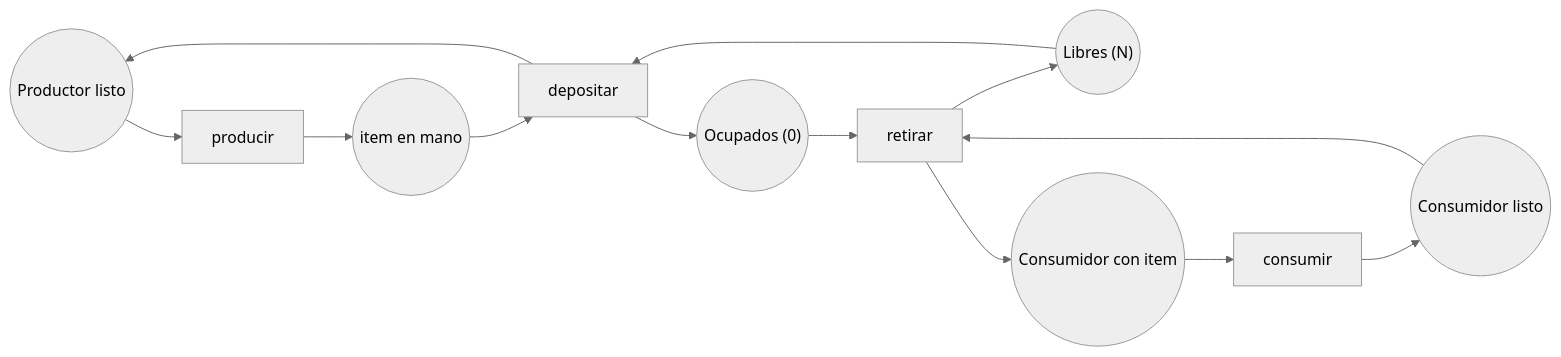
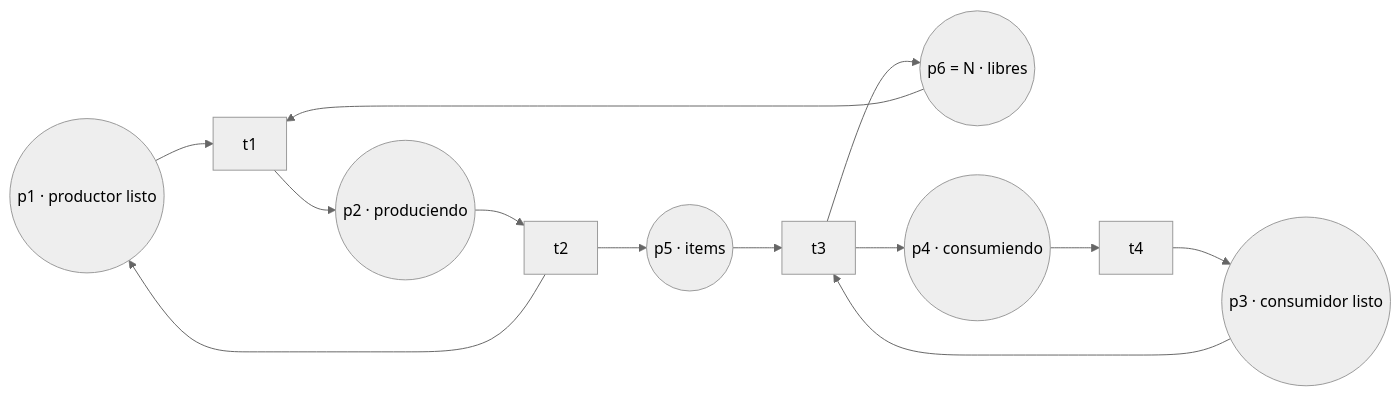
One commit to echepereza/programacion-concurrente changed diagram 13 of 20 in resumen.md. Above: the diagram before and after it, drawn with Mermaid (neutral theme). The commit also changed other lines of this file and 9 other files, not shown here.

````diff
--- a/resumen.md
+++ b/resumen.md
@@ -1119,16 +1194,16 @@
 ```mermaid
 flowchart LR
-    PL(("Productor listo")) --> tp["producir"]
-    tp --> PP(("item en mano"))
-    PP --> dep["depositar"]
-    LIB(("Libres (N)")) --> dep
-    dep --> PL
-    dep --> OCU(("Ocupados (0)"))
-    OCU --> ret["retirar"]
-    ret --> LIB
-    ret --> CC(("Consumidor con item"))
-    CC --> tc["consumir"]
-    tc --> CL(("Consumidor listo"))
-    CL --> ret
+    p1(("p1 · productor listo")) --> t1["t1"]
+    P6(("p6 = N · libres")) --> t1
+    t1 --> p2(("p2 · produciendo"))
+    p2 --> t2["t2"]
+    t2 --> p1
+    t2 --> p5(("p5 · items"))
+    p5 --> t3["t3"]
+    p3(("p3 · consumidor listo")) --> t3
+    t3 --> p4(("p4 · consumiendo"))
+    t3 --> P6
+    p4 --> t4["t4"]
+    t4 --> p3
           
 ```
````
